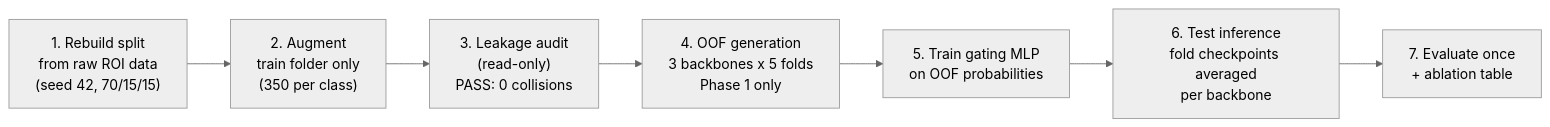
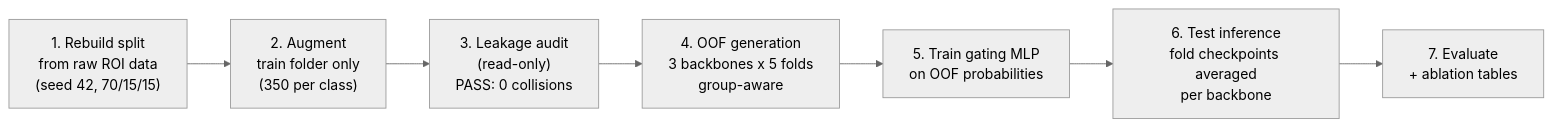
The second of 2 diagrams in README.md (AbdurRehmanKhan-ARK/chronic-wound-fusion), drawn with Mermaid (neutral theme) before and after one commit. The commit also changed other lines of this file, not shown here.

````diff
--- a/README.md
+++ b/README.md
@@ -75,9 +86,9 @@
 ```mermaid
 flowchart LR
     S["1. Rebuild split<br/>from raw ROI data<br/>(seed 42, 70/15/15)"] --> A["2. Augment<br/>train folder only<br/>(350 per class)"]
     A --> AUD["3. Leakage audit<br/>(read-only)<br/>PASS: 0 collisions"]
-    AUD --> OOF["4. OOF generation<br/>3 backbones x 5 folds<br/>Phase 1 only"]
+    AUD --> OOF["4. OOF generation<br/>3 backbones x 5 folds<br/>group-aware"]
     OOF --> G["5. Train gating MLP<br/>on OOF probabilities"]
     G --> T["6. Test inference<br/>fold checkpoints averaged<br/>per backbone"]
-    T --> E["7. Evaluate once<br/>+ ablation table"]
+    T --> E["7. Evaluate<br/>+ ablation tables"]
 ```
````
